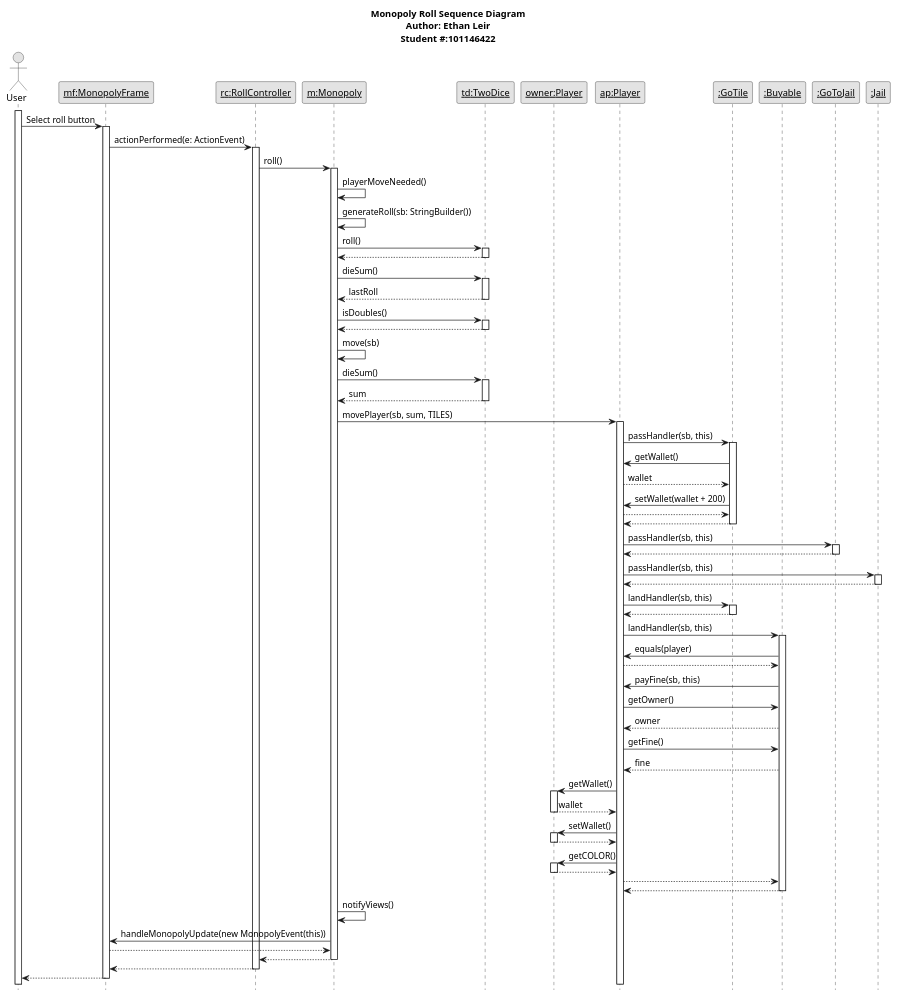
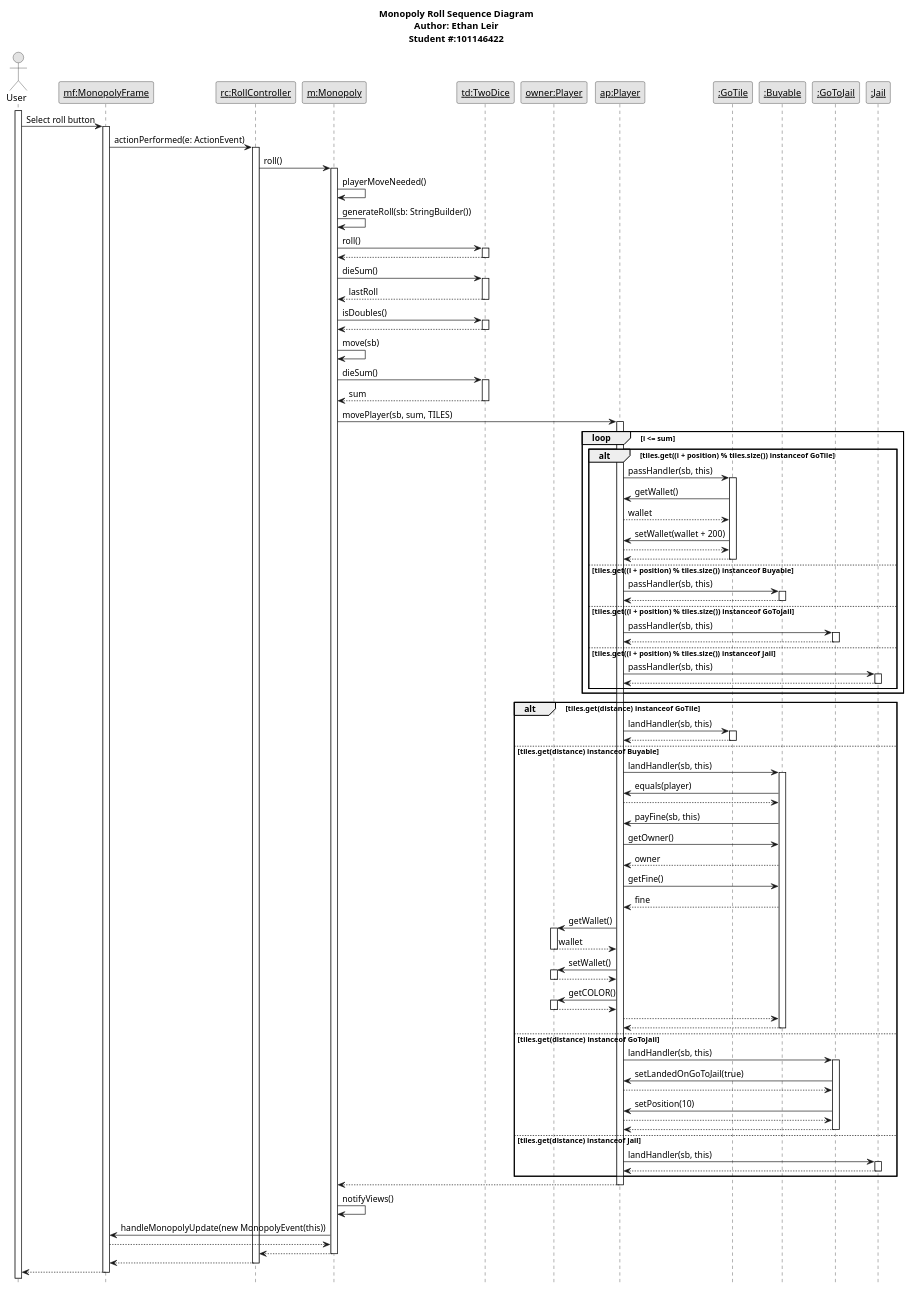
Before and after one commit to MiniEinsteinD/MonopolyGame: the diagram in out/production/Monopoly6/Monopoly Roll Sequence Diagram.puml, drawn with PlantUML. The commit also changed 24 other files, not shown here.

```diff
--- a/out/production/Monopoly6/Monopoly Roll Sequence Diagram.puml
+++ b/out/production/Monopoly6/Monopoly Roll Sequence Diagram.puml
@@ -1,115 +1,162 @@
 @startuml Monopoly Roll Sequence Diagram
 
 title Monopoly Roll Sequence Diagram\nAuthor: Ethan Leir\nStudent #:101146422
 
 hide footbox
 skinparam monochrome true
 
 actor User as User
 participant "<u>mf:MonopolyFrame" as mf
 participant "<u>rc:RollController" as rc
 participant "<u>m:Monopoly" as m
 participant "<u>td:TwoDice" as td
 participant "<u>owner:Player" as owner
 participant "<u>ap:Player" as ap
 participant "<u>:GoTile" as g
 participant "<u>:Buyable" as b
 participant "<u>:GoToJail" as gtj
 participant "<u>:Jail" as j
 
 activate User
 User -> mf: Select roll button
 activate mf
 
 mf -> rc: actionPerformed(e: ActionEvent)
 activate rc
 
 rc -> m: roll()
 activate m
 
 
 m -> m: playerMoveNeeded()
 m -> m: generateRoll(sb: StringBuilder())
 m -> td: roll()
 activate td
 td --> m
 deactivate td
 m -> td: dieSum()
 activate td
 td --> m: lastRoll
 deactivate td
 m -> td: isDoubles()
 activate td
 td --> m
 deactivate td
 
 m -> m: move(sb)
 m -> td: dieSum()
 activate td
 td --> m: sum
 deactivate td
 m -> ap: movePlayer(sb, sum, TILES)
 activate ap
+
+loop i <= sum
+alt tiles.get((i + position) % tiles.size()) instanceof GoTile
+
 ap -> g: passHandler(sb, this)
 activate g
 g -> ap: getWallet()
 ap --> g: wallet
 g -> ap: setWallet(wallet + 200)
 ap --> g
 g --> ap
 deactivate g
+
+else tiles.get((i + position) % tiles.size()) instanceof Buyable
+
+ap -> b: passHandler(sb, this)
+activate b
+b --> ap
+deactivate b
+
+else tiles.get((i + position) % tiles.size()) instanceof GoToJail
+
 ap -> gtj: passHandler(sb, this)
 activate gtj
 gtj --> ap
 deactivate gtj
+
+else tiles.get((i + position) % tiles.size()) instanceof Jail
+
 ap -> j: passHandler(sb, this)
 activate j
 j --> ap
 deactivate j
 
+end
+end
+
+alt tiles.get(distance) instanceof GoTile
+
 ap -> g: landHandler(sb, this)
 activate g
 g --> ap
 deactivate g
+
+else tiles.get(distance) instanceof Buyable
 
 ap -> b: landHandler(sb, this)
 activate b
 b -> ap: equals(player)
 ap --> b
 b -> ap: payFine(sb, this)
 ap -> b: getOwner()
 b --> ap: owner
 ap -> b: getFine()
 b --> ap: fine
 ap -> owner: getWallet()
 activate owner
 owner --> ap: wallet
 deactivate owner
 ap -> owner: setWallet()
 activate owner
 owner --> ap
 deactivate owner
 ap -> owner: getCOLOR()
 activate owner
 owner --> ap
 deactivate owner
 
 
 ap --> b
 b --> ap
 deactivate b
 
+else tiles.get(distance) instanceof GoToJail
+
+ap -> gtj: landHandler(sb, this)
+activate gtj
+gtj -> ap: setLandedOnGoToJail(true)
+ap -->gtj
+gtj -> ap: setPosition(10)
+ap --> gtj
+gtj --> ap
+deactivate gtj
+
+else tiles.get(distance) instanceof Jail
+
+ap -> j: landHandler(sb, this)
+activate j
+
+j --> ap
+deactivate j
+
+end
+
+ap --> m
+deactivate ap
 
 m -> m: notifyViews()
 m -> mf: handleMonopolyUpdate(new MonopolyEvent(this))
 mf --> m
 m --> rc
 deactivate m
 
 rc --> mf
 deactivate rc
 
 mf --> User
 deactivate mf
 
 @enduml
```
